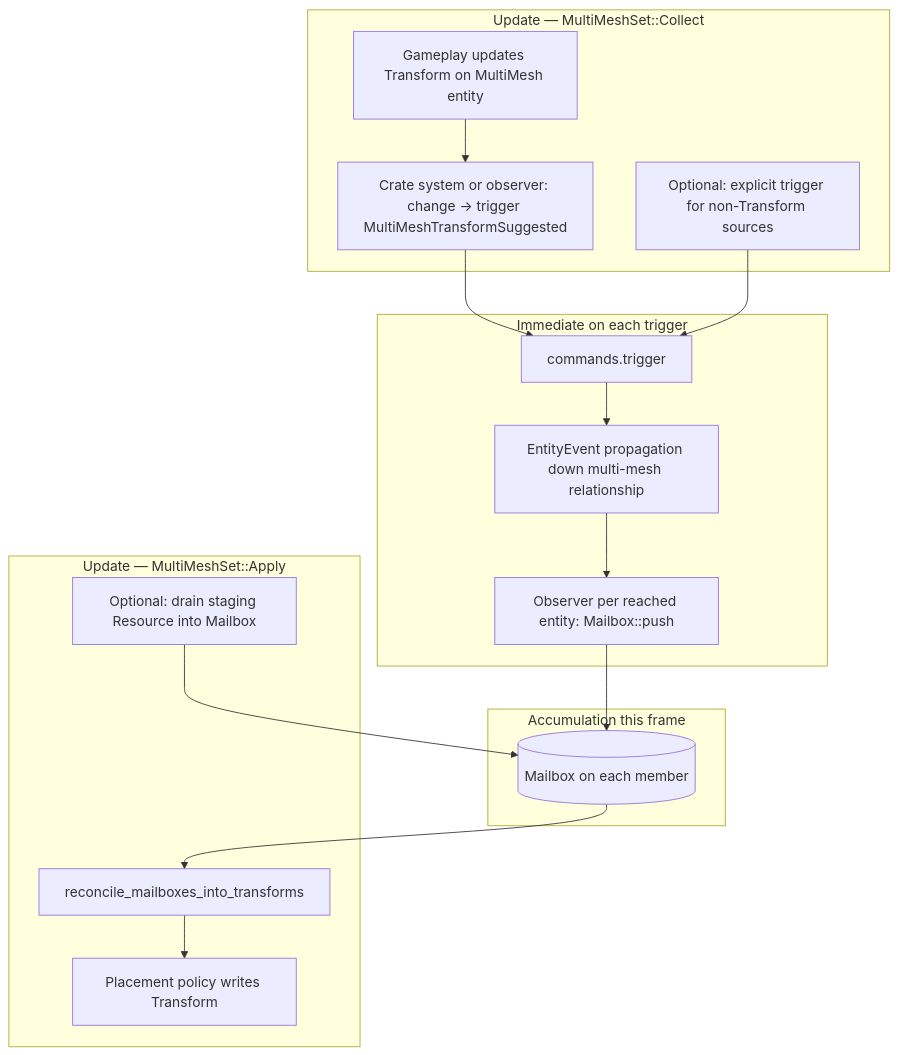
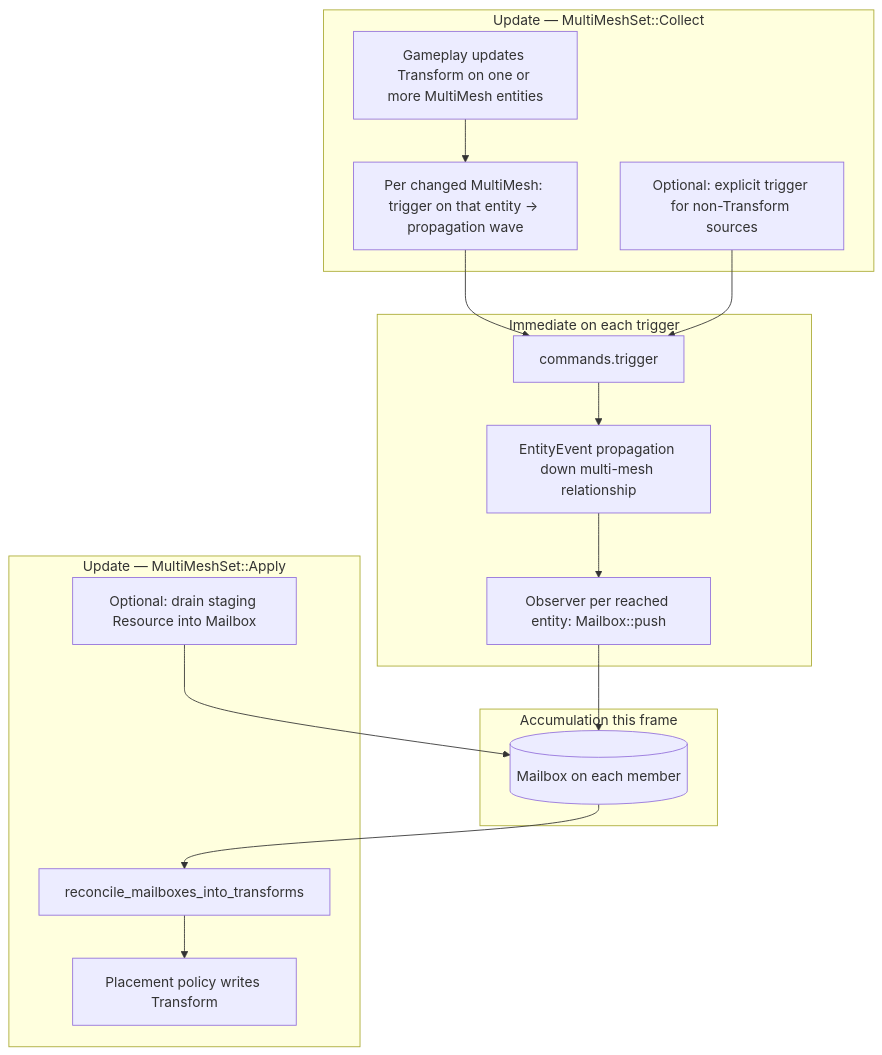
One commit to ramate-io/maybraid changed the first of 2 diagrams in rfc/rfc-000-00n-bevy-multi-mesh/README.md. Above: the diagram before and after it, drawn with Mermaid. The commit also changed other lines of this file, not shown here.

````diff
--- a/rfc/rfc-000-00n-bevy-multi-mesh/README.md
+++ b/rfc/rfc-000-00n-bevy-multi-mesh/README.md
@@ -193,30 +193,30 @@
 ```mermaid
 flowchart TB
     subgraph collect [Update — MultiMeshSet::Collect]
-        TC[Gameplay updates Transform on MultiMesh entity]
-        BR[Crate system or observer: change → trigger MultiMeshTransformSuggested]
+        TC[Gameplay updates Transform on one or more MultiMesh entities]
+        BR["Per changed MultiMesh: trigger on that entity → propagation wave"]
         EX[Optional: explicit trigger for non-Transform sources]
     end
     subgraph immediate [Immediate on each trigger]
         TR[commands.trigger]
         EP[EntityEvent propagation down multi-mesh relationship]
         OB[Observer per reached entity: Mailbox::push]
     end
     subgraph buffers [Accumulation this frame]
         MB[(Mailbox on each member)]
     end
     subgraph apply [Update — MultiMeshSet::Apply]
         ST[Optional: drain staging Resource into Mailbox]
         RC[reconcile_mailboxes_into_transforms]
         PL[Placement policy writes Transform]
     end
     TC --> BR
     BR --> TR
     EX --> TR
     TR --> EP
     EP --> OB
     OB --> MB
     ST --> MB
     MB --> RC
     RC --> PL
 ```
````
